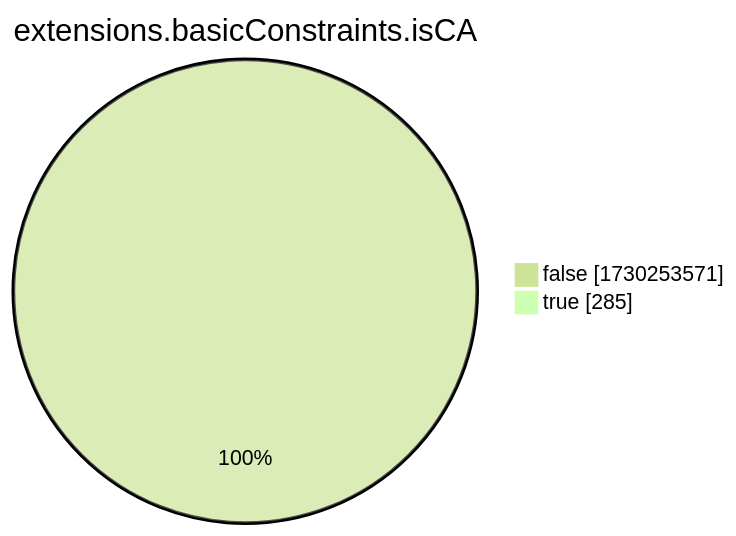
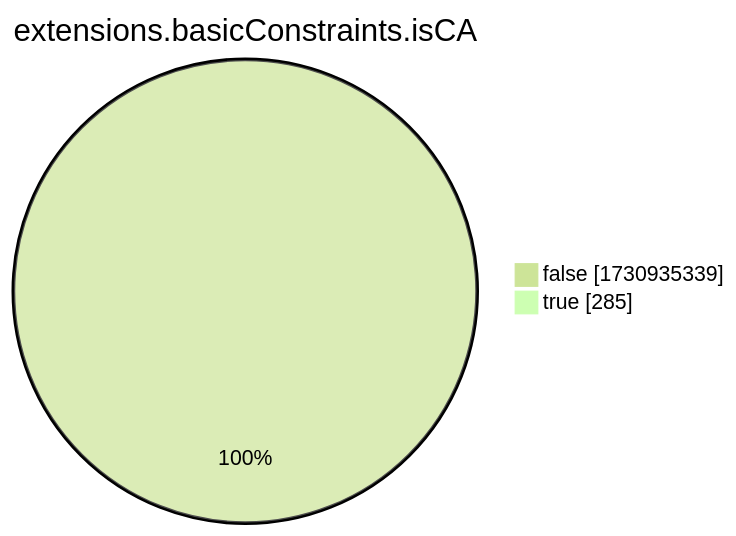
One commit to christiankrug/ctmonitor_visualization changed the eighth of 15 diagrams in xenon2022/README.md. Above: the diagram before and after it, drawn with Mermaid (forest theme). The commit also changed other lines of this file, not shown here.

````diff
--- a/xenon2022/README.md
+++ b/xenon2022/README.md
@@ -2867,6 +2867,6 @@
 ```mermaid
 pie showData
 title extensions.basicConstraints.isCA
-"false" :1730253571
+"false" :1730935339
 "true" :285
 ```
````
